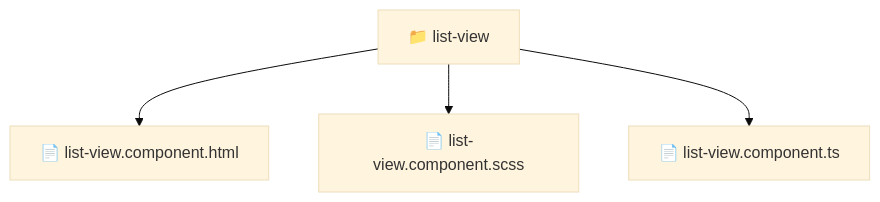
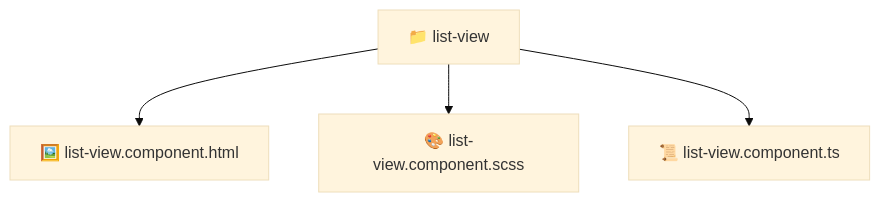
Before and after one commit to beginwebdev2002/fullstack-mavluda: the diagram in frontend/src/shared/ui/list-view/README.md, drawn with Mermaid (base theme). The commit also changed other lines of this file and 163 other files, not shown here.

````diff
--- a/frontend/src/shared/ui/list-view/README.md
+++ b/frontend/src/shared/ui/list-view/README.md
@@ -11,7 +11,7 @@
 ```mermaid
 graph TD
-  Root["📁 list-view"]
-  Root --> list_view_component_html["📄 list-view.component.html"]
-  Root --> list_view_component_scss["📄 list-view.component.scss"]
-  Root --> list_view_component_ts["📄 list-view.component.ts"]
+  list_view["📁 list-view"]
+  list_view --> list_view_component_html["🖼️ list-view.component.html"]
+  list_view --> list_view_component_scss["🎨 list-view.component.scss"]
+  list_view --> list_view_component_ts["📜 list-view.component.ts"]
 ```
````
